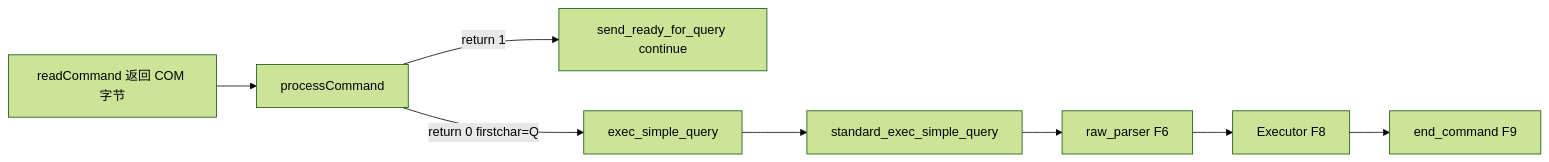
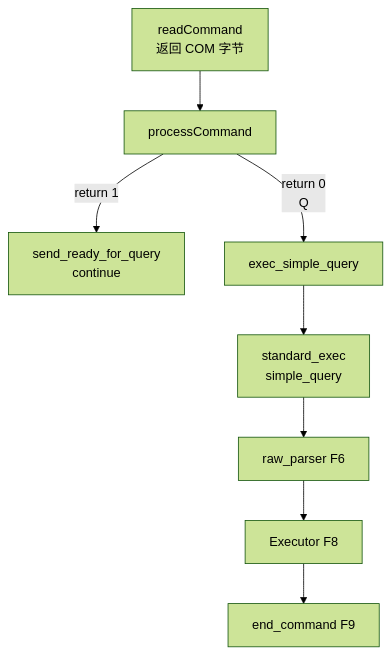
The fourth of 6 diagrams in database/openhalo/openhalo-mysql-compatibility.md (Meta11ic0/fluffynotes), drawn with Mermaid (forest theme) before and after one commit. The commit also changed other lines of this file, not shown here.

````diff
--- a/database/openhalo/openhalo-mysql-compatibility.md
+++ b/database/openhalo/openhalo-mysql-compatibility.md
@@ -556,10 +557,10 @@
 ```mermaid
-flowchart LR
-    RC[readCommand 返回 COM 字节] --> PC[processCommand]
-    PC -->|return 1| RFQ[send_ready_for_query continue]
-    PC -->|return 0 firstchar=Q| ESQ[exec_simple_query]
-    ESQ --> SESQ[standard_exec_simple_query]
+flowchart TB
+    RC["readCommand<br/>返回 COM 字节"] --> PC[processCommand]
+    PC -->|return 1| RFQ["send_ready_for_query<br/>continue"]
+    PC -->|"return 0<br/>Q"| ESQ[exec_simple_query]
+    ESQ --> SESQ["standard_exec<br/>simple_query"]
     SESQ --> RP[raw_parser F6]
     RP --> EX[Executor F8]
     EX --> EC[end_command F9]
 ```
````
